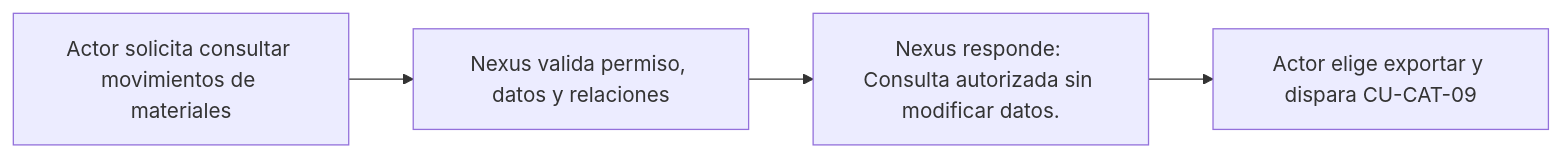
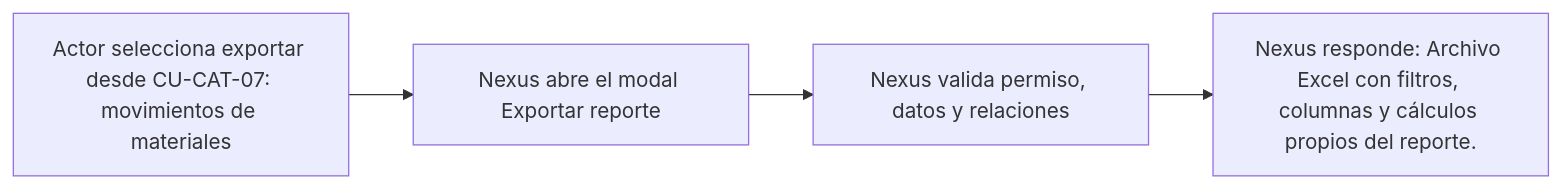
One commit to gpgsistemas01/nexus changed the diagram in docs/requirements/diagrams/catalogs/cu-cat-08.md. Above: the diagram before and after it, drawn with Mermaid. The commit also changed other lines of this file and 207 other files, not shown here.

````diff
--- a/docs/requirements/diagrams/catalogs/cu-cat-08.md
+++ b/docs/requirements/diagrams/catalogs/cu-cat-08.md
@@ -3,6 +3,6 @@
 ```mermaid
 flowchart LR
-    request["Actor solicita consultar movimientos de materiales"] --> validate["Nexus valida permiso, datos y relaciones"]
-    validate --> result["Nexus responde: Consulta autorizada sin modificar datos."]
-    result --> report["Actor elige exportar y dispara CU-CAT-09"]
+    request["Actor selecciona exportar desde CU-CAT-07: movimientos de materiales"] --> modal["Nexus abre el modal Exportar reporte"]
+    modal --> validate["Nexus valida permiso, datos y relaciones"]
+    validate --> result["Nexus responde: Archivo Excel con filtros, columnas y cálculos propios del reporte."]
 ```
````
